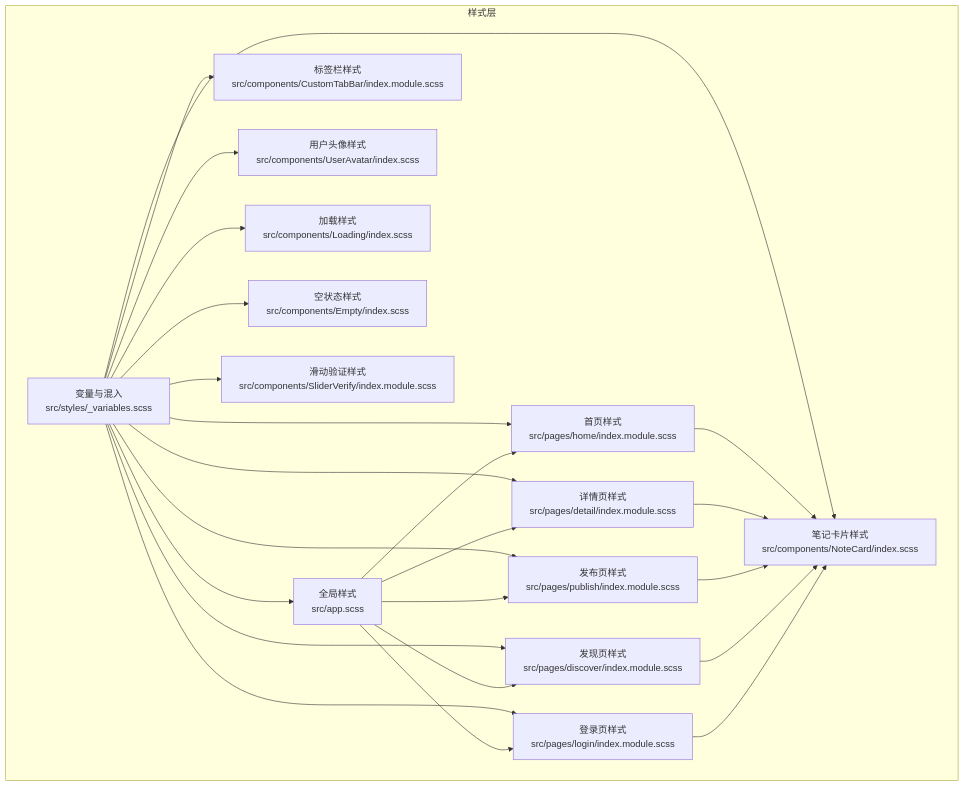
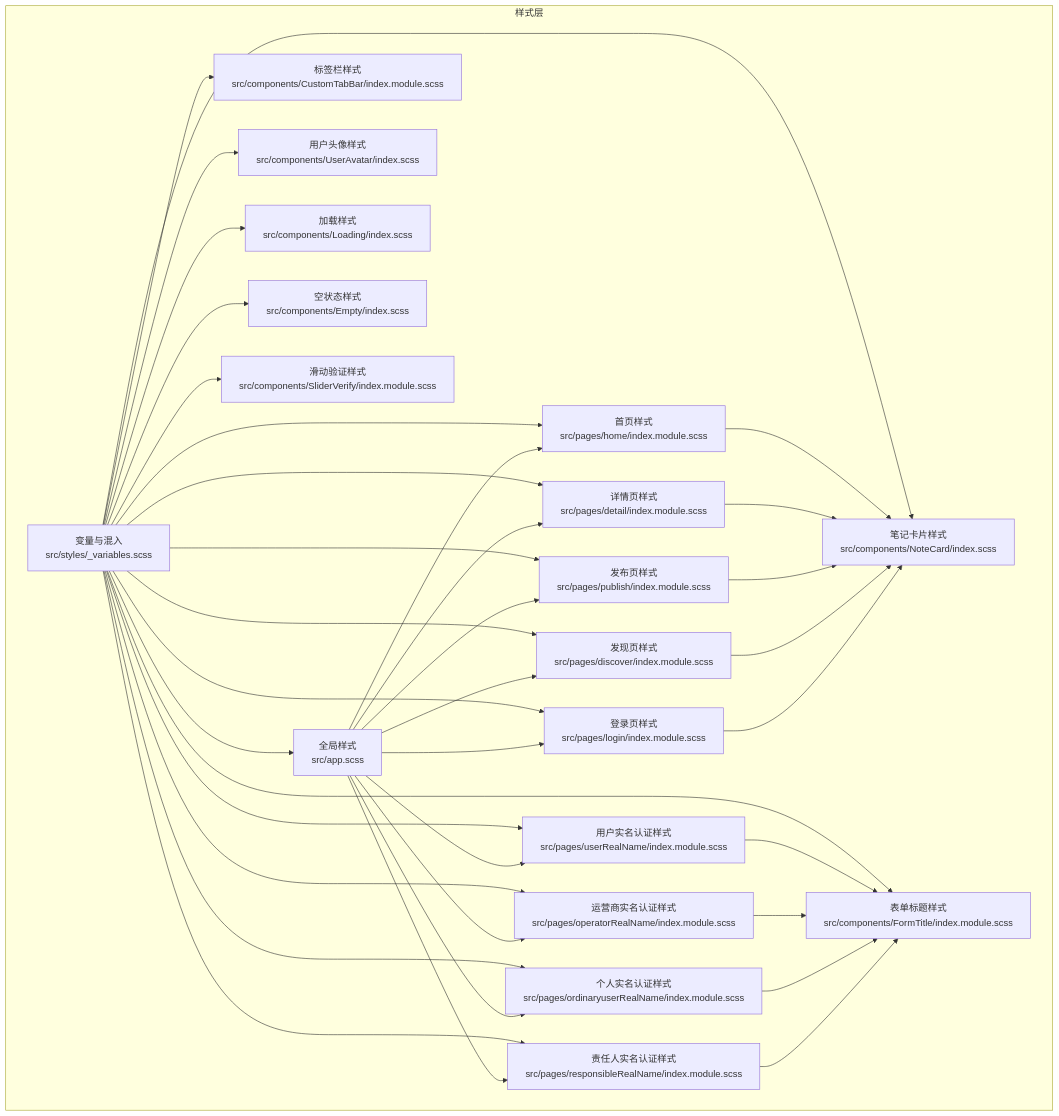
The first of 12 diagrams in .qoder/repowiki/zh/content/样式系统/组件样式实现.md (zuolinbao/redbook), drawn with Mermaid before and after one commit. The commit also changed other lines of this file and 4 other files, not shown here.

Commit message:
feat: 将userRealName和ordinaryuserRealName页面的Field label改为图标形式

````diff
--- a/.qoder/repowiki/zh/content/样式系统/组件样式实现.md
+++ b/.qoder/repowiki/zh/content/样式系统/组件样式实现.md
@@ -49,40 +56,58 @@
 ```mermaid
 graph TB
 subgraph "样式层"
 Vars["变量与混入<br/>src/styles/_variables.scss"]
 App["全局样式<br/>src/app.scss"]
 Home["首页样式<br/>src/pages/home/index.module.scss"]
 Detail["详情页样式<br/>src/pages/detail/index.module.scss"]
 Publish["发布页样式<br/>src/pages/publish/index.module.scss"]
 Discover["发现页样式<br/>src/pages/discover/index.module.scss"]
 Login["登录页样式<br/>src/pages/login/index.module.scss"]
+UserRealName["用户实名认证样式<br/>src/pages/userRealName/index.module.scss"]
+OperatorRealName["运营商实名认证样式<br/>src/pages/operatorRealName/index.module.scss"]
+OrdinaryRealName["个人实名认证样式<br/>src/pages/ordinaryuserRealName/index.module.scss"]
+ResponsibleRealName["责任人实名认证样式<br/>src/pages/responsibleRealName/index.module.scss"]
 TabBar["标签栏样式<br/>src/components/CustomTabBar/index.module.scss"]
 NoteCard["笔记卡片样式<br/>src/components/NoteCard/index.scss"]
 Avatar["用户头像样式<br/>src/components/UserAvatar/index.scss"]
 Loading["加载样式<br/>src/components/Loading/index.scss"]
 Empty["空状态样式<br/>src/components/Empty/index.scss"]
 Slider["滑动验证样式<br/>src/components/SliderVerify/index.module.scss"]
+FormTitle["表单标题样式<br/>src/components/FormTitle/index.module.scss"]
 end
 Vars --> App
 Vars --> Home
 Vars --> Detail
 Vars --> Publish
 Vars --> Discover
 Vars --> Login
+Vars --> UserRealName
+Vars --> OperatorRealName
+Vars --> OrdinaryRealName
+Vars --> ResponsibleRealName
 Vars --> TabBar
 Vars --> NoteCard
 Vars --> Avatar
 Vars --> Loading
 Vars --> Empty
 Vars --> Slider
+Vars --> FormTitle
 App --> Home
 App --> Detail
 App --> Publish
 App --> Discover
 App --> Login
+App --> UserRealName
+App --> OperatorRealName
+App --> OrdinaryRealName
+App --> ResponsibleRealName
 Home --> NoteCard
 Detail --> NoteCard
 Publish --> NoteCard
 Discover --> NoteCard
 Login --> NoteCard
+UserRealName --> FormTitle
+OperatorRealName --> FormTitle
+OrdinaryRealName --> FormTitle
+ResponsibleRealName --> FormTitle
 ```
````
